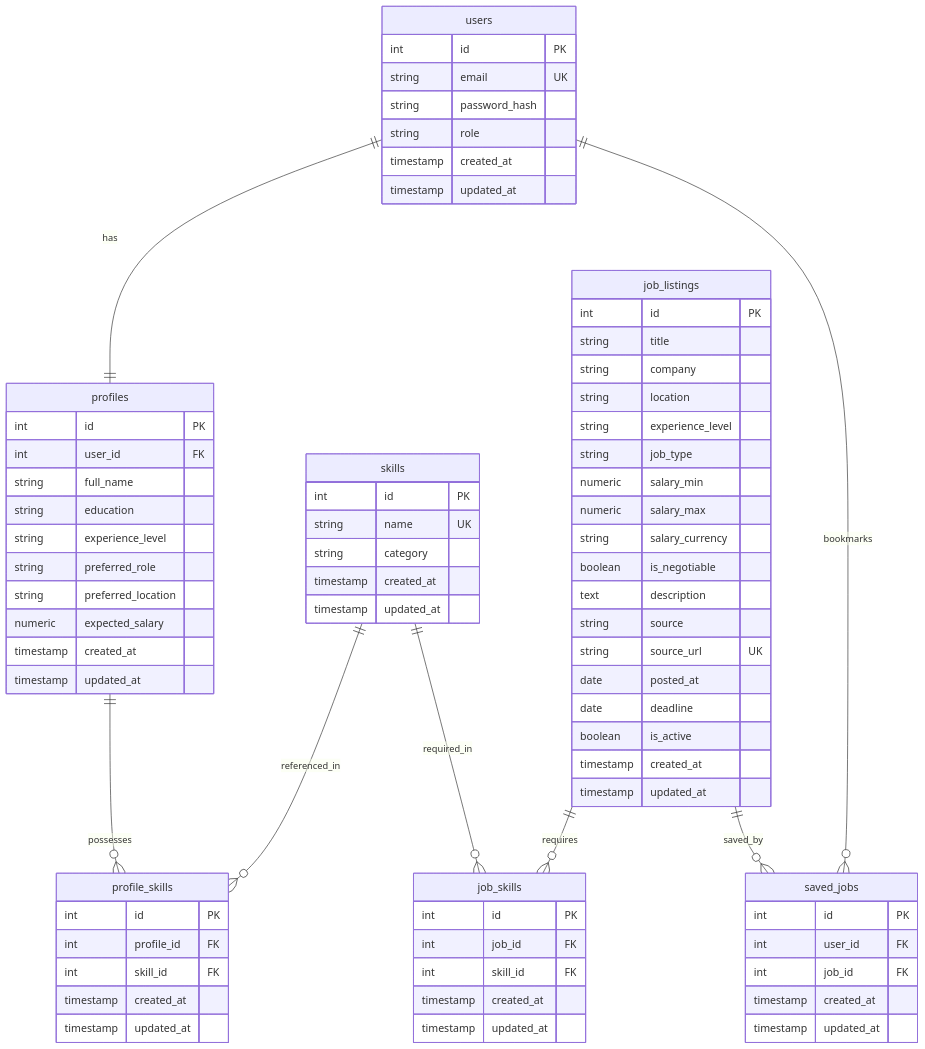
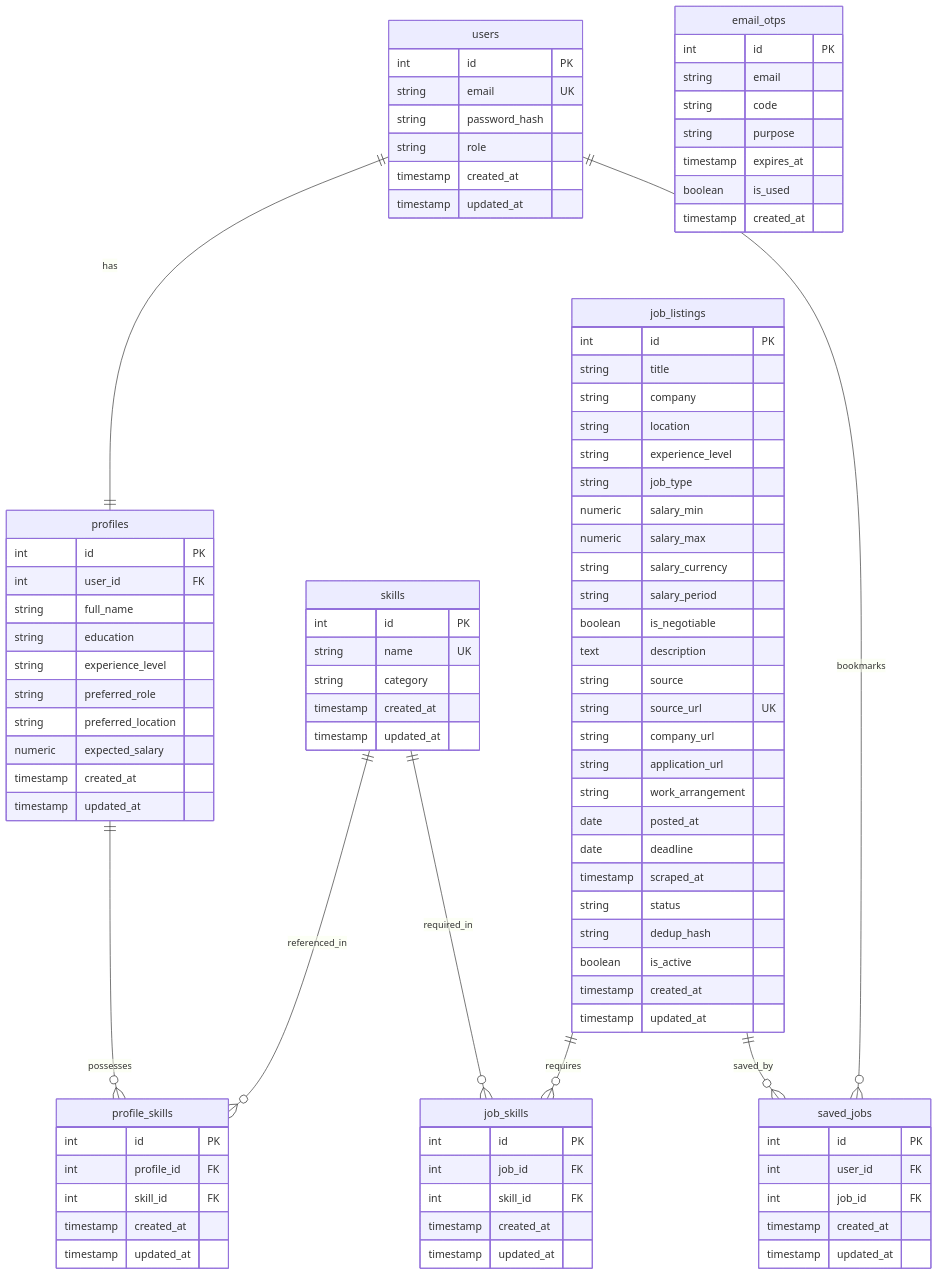
The diagram in context/phase-03/03_database_erd.md (RETH-CHANRITH/project-practicum-blueprint), drawn with Mermaid before and after one commit. The commit also changed other lines of this file, not shown here.

Commit message:
docs(phase-03): sync database ERD diagram and data dictionary with all 25 attributes and email_otps table

````diff
--- a/context/phase-03/03_database_erd.md
+++ b/context/phase-03/03_database_erd.md
@@ -79,12 +79,19 @@
         numeric salary_min
         numeric salary_max
         string salary_currency
+        string salary_period
         boolean is_negotiable
         text description
         string source
         string source_url UK
+        string company_url
+        string application_url
+        string work_arrangement
         date posted_at
         date deadline
+        timestamp scraped_at
+        string status
+        string dedup_hash
         boolean is_active
         timestamp created_at
         timestamp updated_at
@@ -105,4 +112,14 @@
         timestamp created_at
         timestamp updated_at
     }
+
+    email_otps {
+        int id PK
+        string email
+        string code
+        string purpose
+        timestamp expires_at
+        boolean is_used
+        timestamp created_at
+    }
 ```
````
